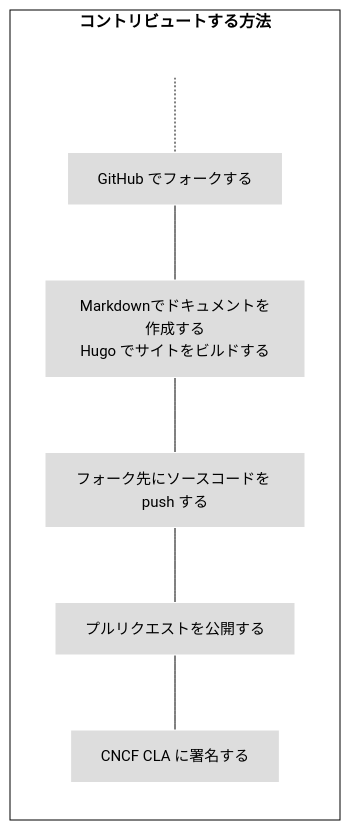
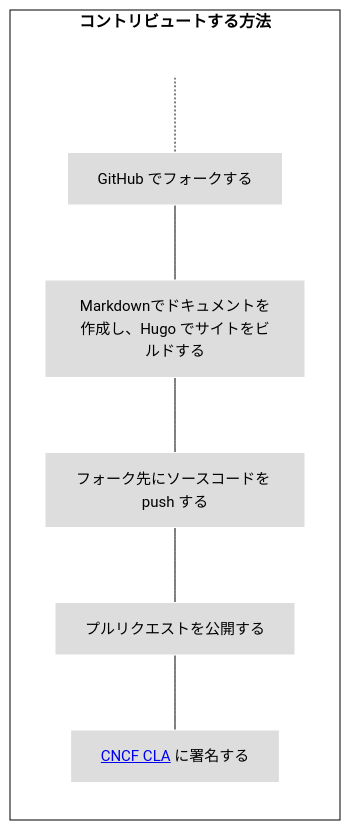
One commit to open-telemetry/opentelemetry.io changed the first of 4 diagrams in content/ja/docs/contributing/pull-requests.md. Above: the diagram before and after it, drawn with Mermaid (forest theme). The commit also changed other lines of this file, not shown here.

````diff
--- a/content/ja/docs/contributing/pull-requests.md
+++ b/content/ja/docs/contributing/pull-requests.md
@@ -33,18 +43,18 @@
 ```mermaid
 flowchart LR
     subgraph first[コントリビュートする方法]
     direction TB
        T[ ] -.-
-       B[GitHub でフォークする] --- C[Markdownでドキュメントを作成する<br>Hugo でサイトをビルドする]
+       B[GitHub でフォークする] --- C[Markdownでドキュメントを作成し、Hugo でサイトをビルドする]
        C --- D[フォーク先にソースコードを push する]
        D --- E[プルリクエストを公開する]
-       E --- F[CNCF CLA に署名する]
+       E --- F[<a href="../prerequisites/#cla">CNCF CLA</a> に署名する]
     end
 
 classDef grey fill:#dddddd,stroke:#ffffff,stroke-width:px,color:#000000, font-size:15px;
 classDef white fill:#ffffff,stroke:#000,stroke-width:px,color:#000,font-weight:bold
 classDef spacewhite fill:#ffffff,stroke:#fff,stroke-width:0px,color:#000
 class A,B,C,D,E,F,G,H grey
 class S,T spacewhite
 class first,second white
 ```
````
